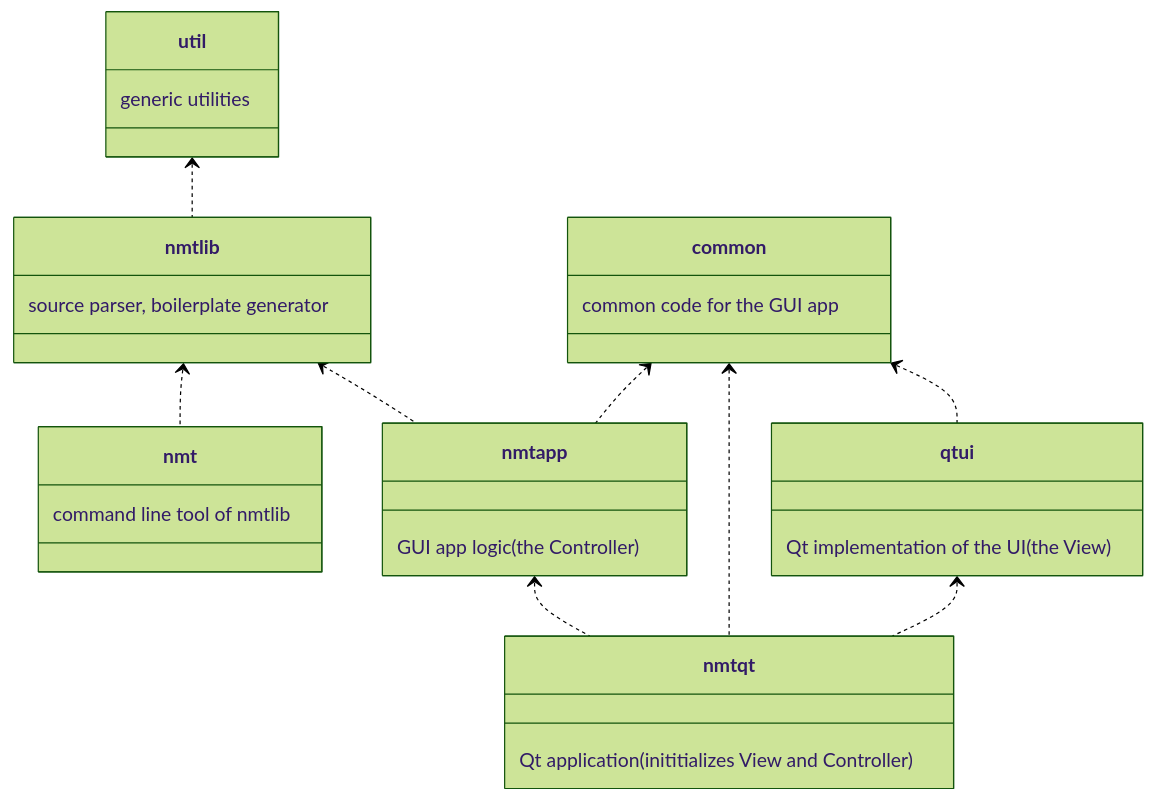
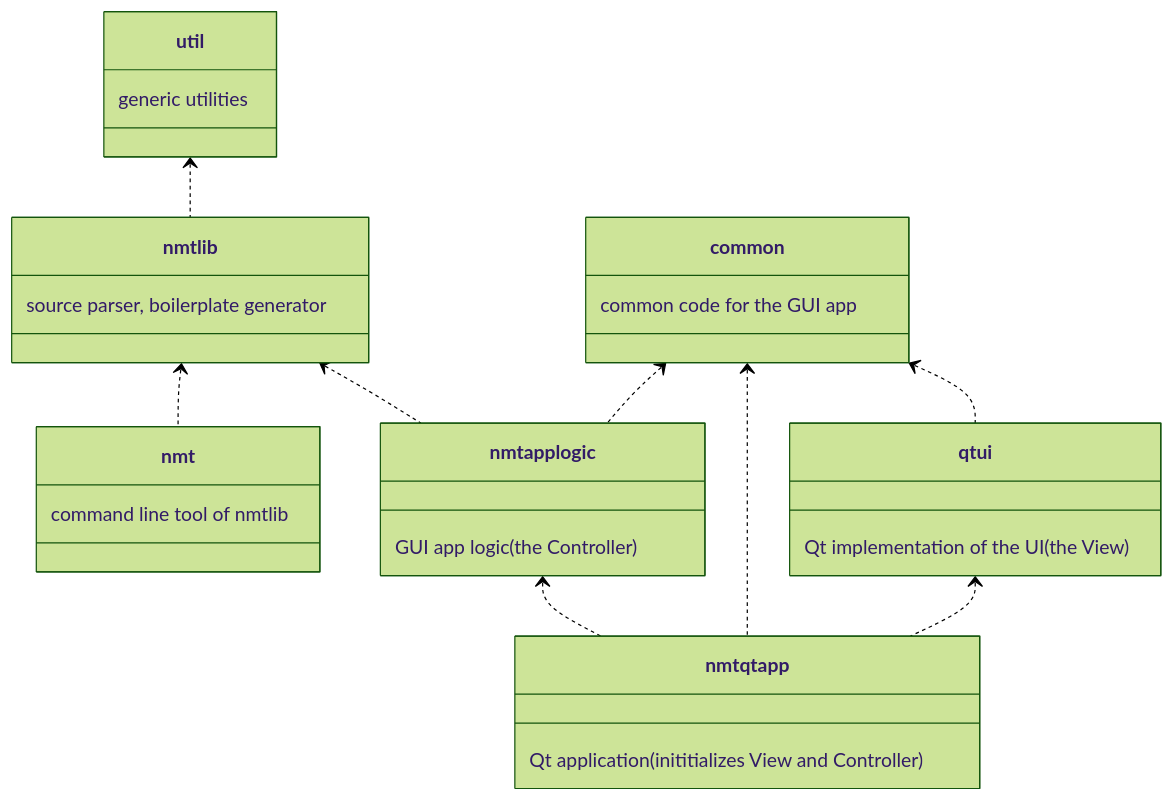
The diagram in README.md (tamaskenez/nmt), drawn with Mermaid (forest theme) before and after one commit. The commit also changed other lines of this file and 11 other files, not shown here.

````diff
--- a/README.md
+++ b/README.md
@@ -87,32 +87,32 @@
 ```mermaid
 classDiagram
 class util {
     generic utilities
 }
 class nmtlib {
     source parser, boilerplate generator
 }
 class nmt {
     command line tool of nmtlib
 }
 class common {
     common code for the GUI app
 }
-class nmtapp {
+class nmtapplogic {
     GUI app logic (the Controller)
 }
 class qtui {
     Qt implementation of the UI (the View)
 }
-class nmtqt {
+class nmtqtapp {
     Qt application (inititializes View and Controller)
 }
 nmtlib <.. nmt
 util <.. nmtlib
-common <.. nmtapp
-common <.. nmtqt
-qtui <.. nmtqt
-nmtapp <.. nmtqt
+common <.. nmtapplogic
+common <.. nmtqtapp
+qtui <.. nmtqtapp
+nmtapplogic <.. nmtqtapp
 common <.. qtui
-nmtlib <.. nmtapp
+nmtlib <.. nmtapplogic
 ```
````
